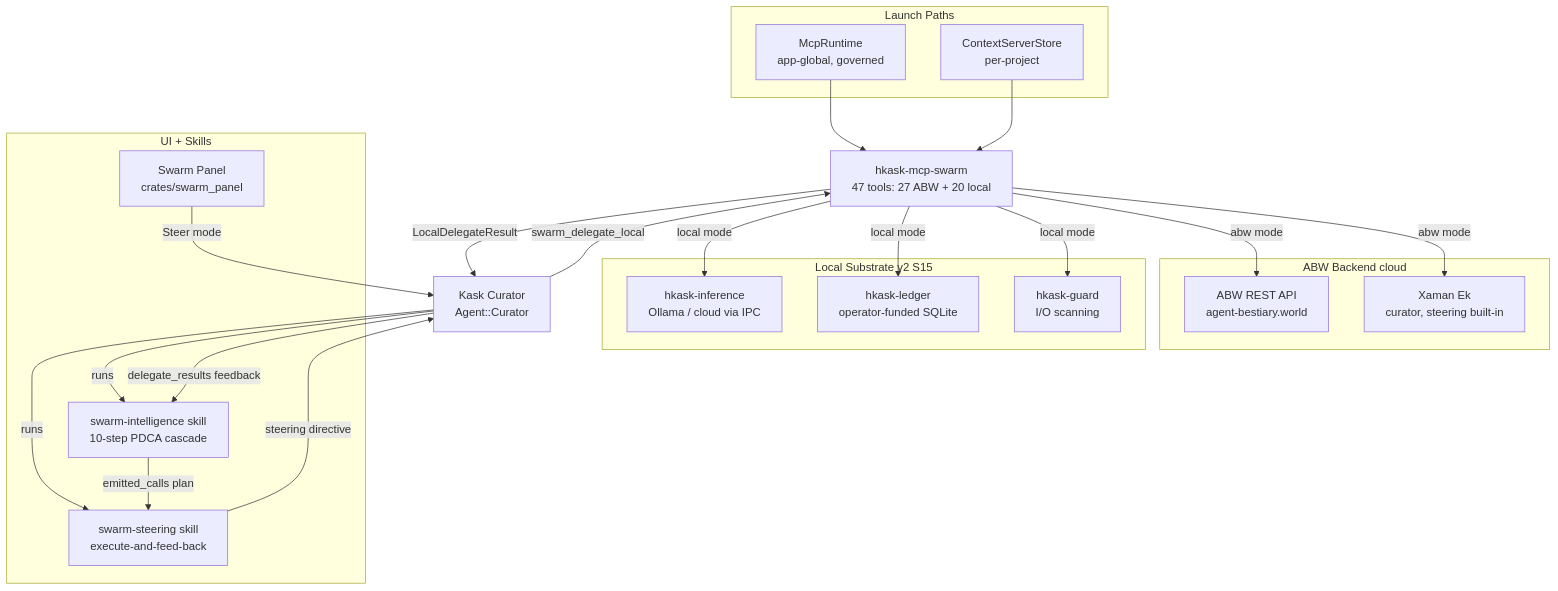
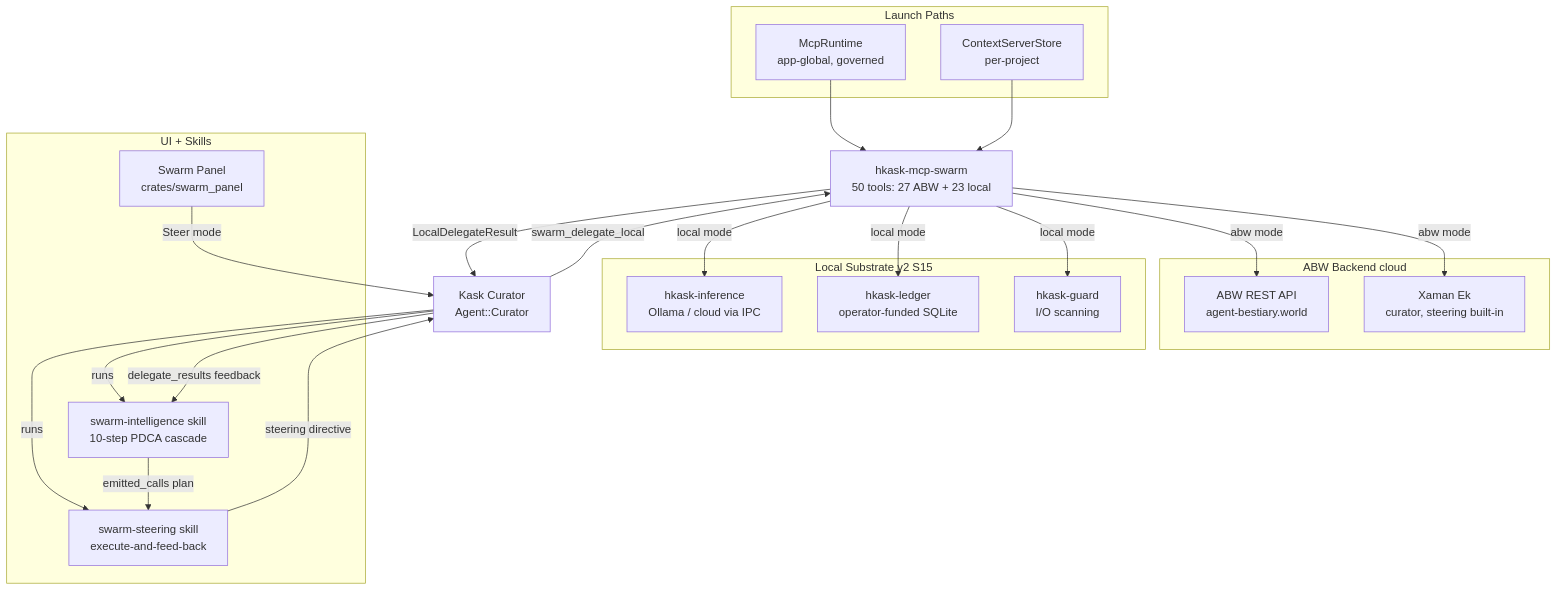
Before and after one commit to mdz-axo/zed-kask: the diagram in kask/docs/diagrams/flowchart-swarm-architecture.md, drawn with Mermaid. The commit also changed other lines of this file and 16 other files, not shown here.

First line of the commit message:
Add local swarm knowledge tools

````diff
--- a/kask/docs/diagrams/flowchart-swarm-architecture.md
+++ b/kask/docs/diagrams/flowchart-swarm-architecture.md
@@ -5,41 +5,41 @@
 ```mermaid
 flowchart TD
     subgraph launch[Launch Paths]
         MR[McpRuntime<br/>app-global, governed]
         CS[ContextServerStore<br/>per-project]
     end
-    SWARM[hkask-mcp-swarm<br/>47 tools: 27 ABW + 20 local]
+    SWARM[hkask-mcp-swarm<br/>50 tools: 27 ABW + 23 local]
     MR --> SWARM
     CS --> SWARM
 
     subgraph abw[ABW Backend cloud]
         ABW_API[ABW REST API<br/>agent-bestiary.world]
         XAMAN[Xaman Ek<br/>curator, steering built-in]
     end
 
     subgraph local[Local Substrate v2 S15]
         INF[hkask-inference<br/>Ollama / cloud via IPC]
         LEDGER[hkask-ledger<br/>operator-funded SQLite]
         GUARD[hkask-guard<br/>I/O scanning]
     end
 
     SWARM -->|abw mode| ABW_API
     SWARM -->|abw mode| XAMAN
     SWARM -->|local mode| INF
     SWARM -->|local mode| LEDGER
     SWARM -->|local mode| GUARD
 
     subgraph ui[UI + Skills]
         PANEL[Swarm Panel<br/>crates/swarm_panel]
         SI[swarm-intelligence skill<br/>10-step PDCA cascade]
         SS[swarm-steering skill<br/>execute-and-feed-back]
     end
     PANEL -->|Steer mode| CURATOR[Kask Curator<br/>Agent::Curator]
     CURATOR -->|runs| SI
     CURATOR -->|runs| SS
     SI -->|emitted_calls plan| SS
     SS -->|steering directive| CURATOR
     CURATOR -->|swarm_delegate_local| SWARM
     SWARM -->|LocalDelegateResult| CURATOR
     CURATOR -->|delegate_results feedback| SI
 ```
````
